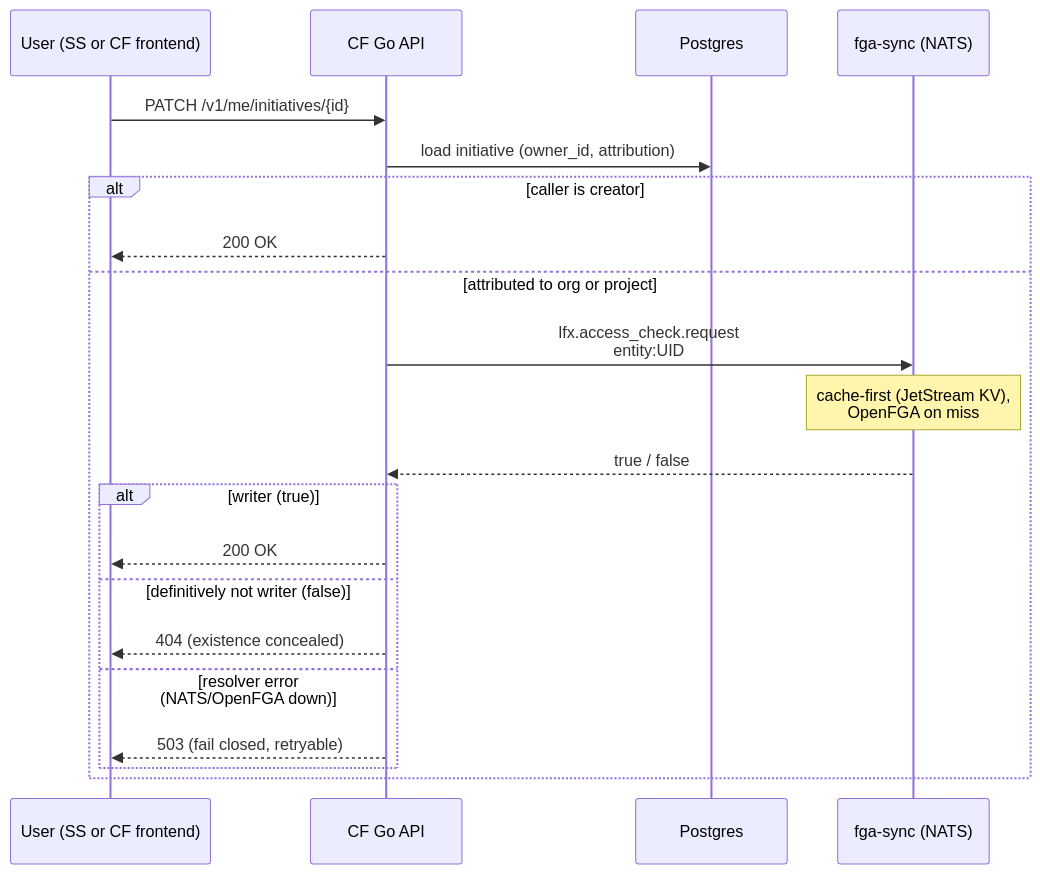
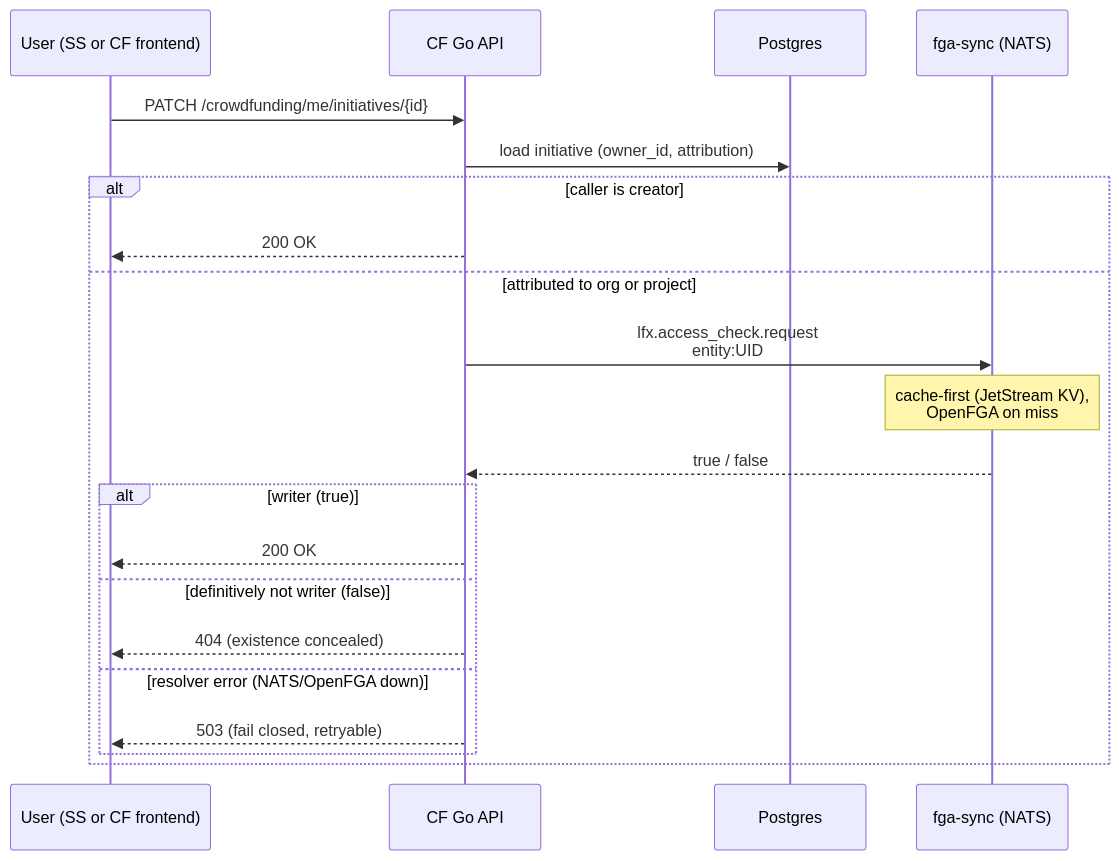
Before and after one commit to linuxfoundation/lfx-crowdfunding: the third of 4 diagrams in backend/docs/rewrite/11-initiative-attribution-and-access.md, drawn with Mermaid. The commit also changed other lines of this file and 92 other files, not shown here.

First line of the commit message:
feat(api): namespace all endpoints under /crowdfunding/

````diff
--- a/backend/docs/rewrite/11-initiative-attribution-and-access.md
+++ b/backend/docs/rewrite/11-initiative-attribution-and-access.md
@@ -322,24 +322,24 @@
 ```mermaid
 sequenceDiagram
     participant U as User (SS or CF frontend)
     participant API as CF Go API
     participant DB as Postgres
     participant FS as fga-sync (NATS)
 
-    U->>API: PATCH /v1/me/initiatives/{id}
+    U->>API: PATCH /crowdfunding/me/initiatives/{id}
     API->>DB: load initiative (owner_id, attribution)
     alt caller is creator
         API-->>U: 200 OK
     else attributed to org or project
         API->>FS: lfx.access_check.request<br/>entity:UID#writer@user:PRINCIPAL
         Note over FS: cache-first (JetStream KV),<br/>OpenFGA on miss
         FS-->>API: true / false
         alt writer (true)
             API-->>U: 200 OK
         else definitively not writer (false)
             API-->>U: 404 (existence concealed)
         else resolver error (NATS/OpenFGA down)
             API-->>U: 503 (fail closed, retryable)
         end
     end
 ```
````
